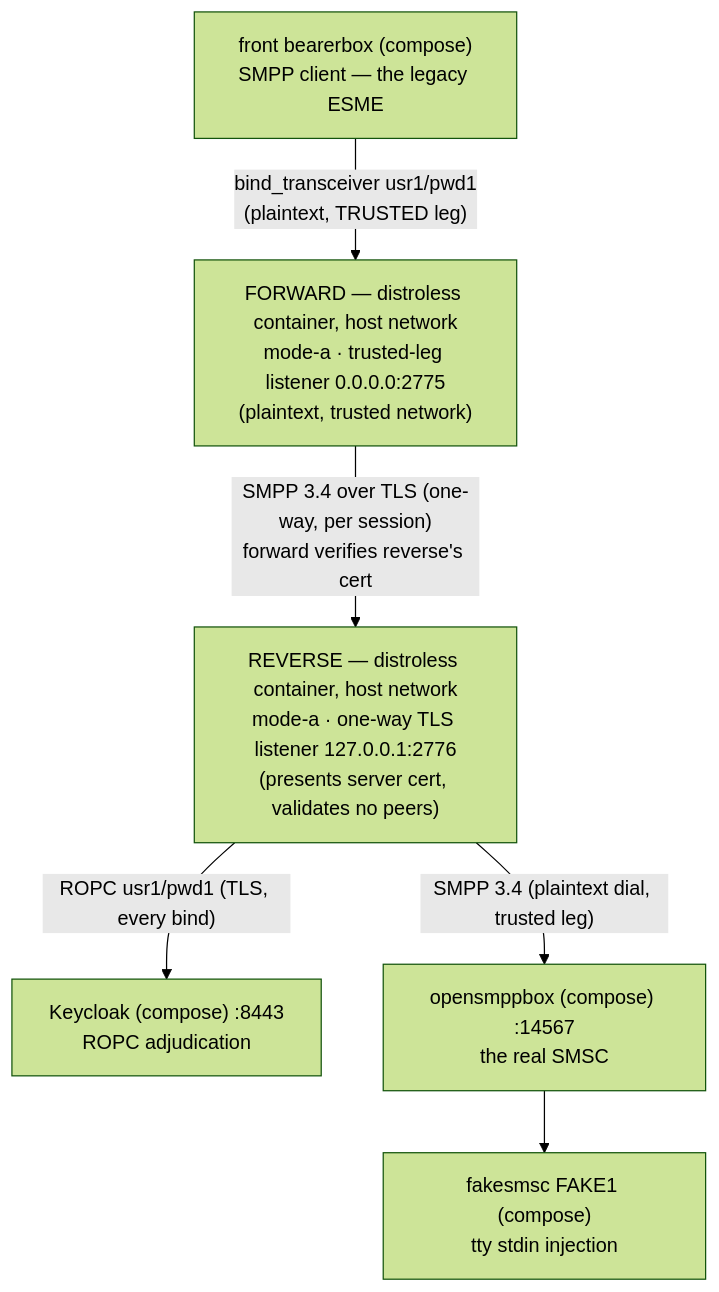
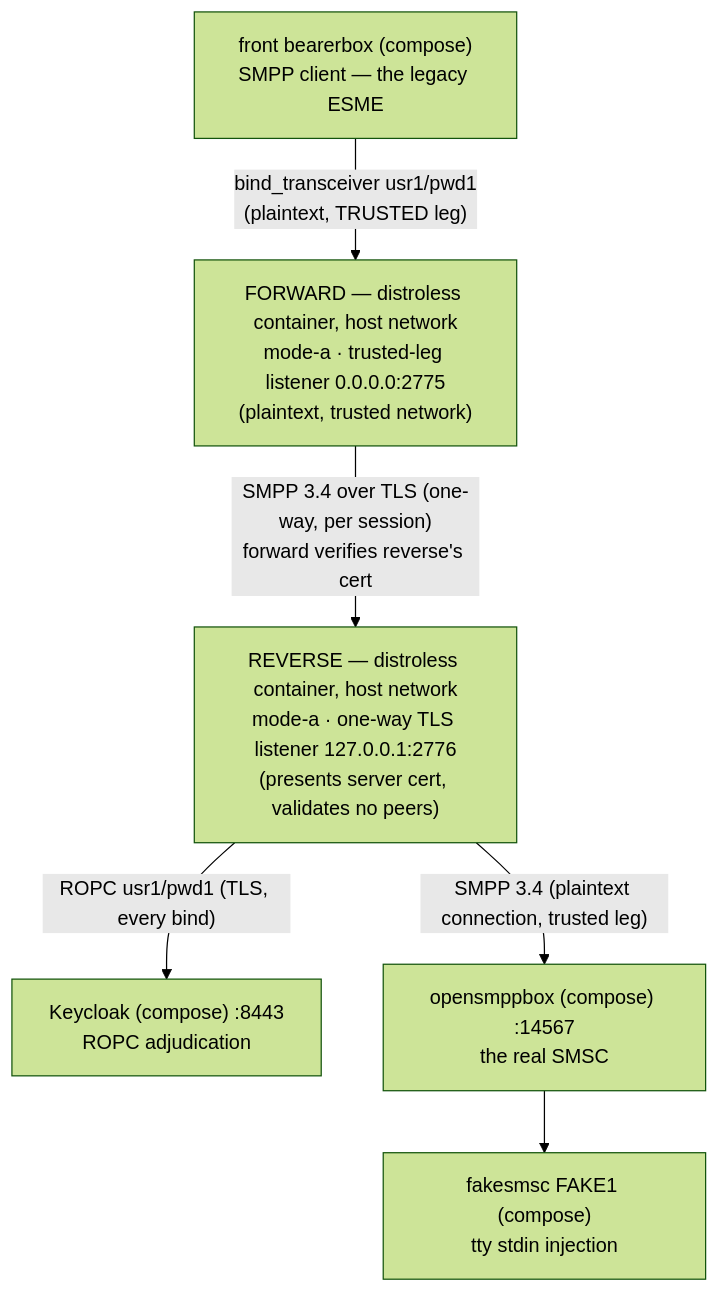
The diagram in sandbox/runbooks/forward-reverse-mode-a.md (ildarsharafutdinov/smpp-companions), drawn with Mermaid (forest theme) before and after one commit. The commit also changed other lines of this file and 10 other files, not shown here.

````diff
--- a/sandbox/runbooks/forward-reverse-mode-a.md
+++ b/sandbox/runbooks/forward-reverse-mode-a.md
@@ -41,15 +26,15 @@
 ```mermaid
 flowchart TD
     fbearer["front bearerbox (compose)<br/>SMPP client — the legacy ESME"]
     fwd["FORWARD — distroless container, host network<br/>mode-a · trusted-leg listener 0.0.0.0:2775<br/>(plaintext, trusted network)"]
     rev["REVERSE — distroless container, host network<br/>mode-a · one-way TLS listener 127.0.0.1:2776<br/>(presents server cert, validates no peers)"]
     keycloak["Keycloak (compose) :8443<br/>ROPC adjudication"]
     osmpp["opensmppbox (compose) :14567<br/>the real SMSC"]
     fake["fakesmsc FAKE1 (compose)<br/>tty stdin injection"]
 
     fbearer -- "bind_transceiver usr1/pwd1<br/>(plaintext, TRUSTED leg)" --> fwd
     fwd -- "SMPP 3.4 over TLS (one-way, per session)<br/>forward verifies reverse's cert" --> rev
     rev -- "ROPC usr1/pwd1 (TLS, every bind)" --> keycloak
-    rev -- "SMPP 3.4 (plaintext dial, trusted leg)" --> osmpp
+    rev -- "SMPP 3.4 (plaintext connection, trusted leg)" --> osmpp
     osmpp --> fake
 ```
````
